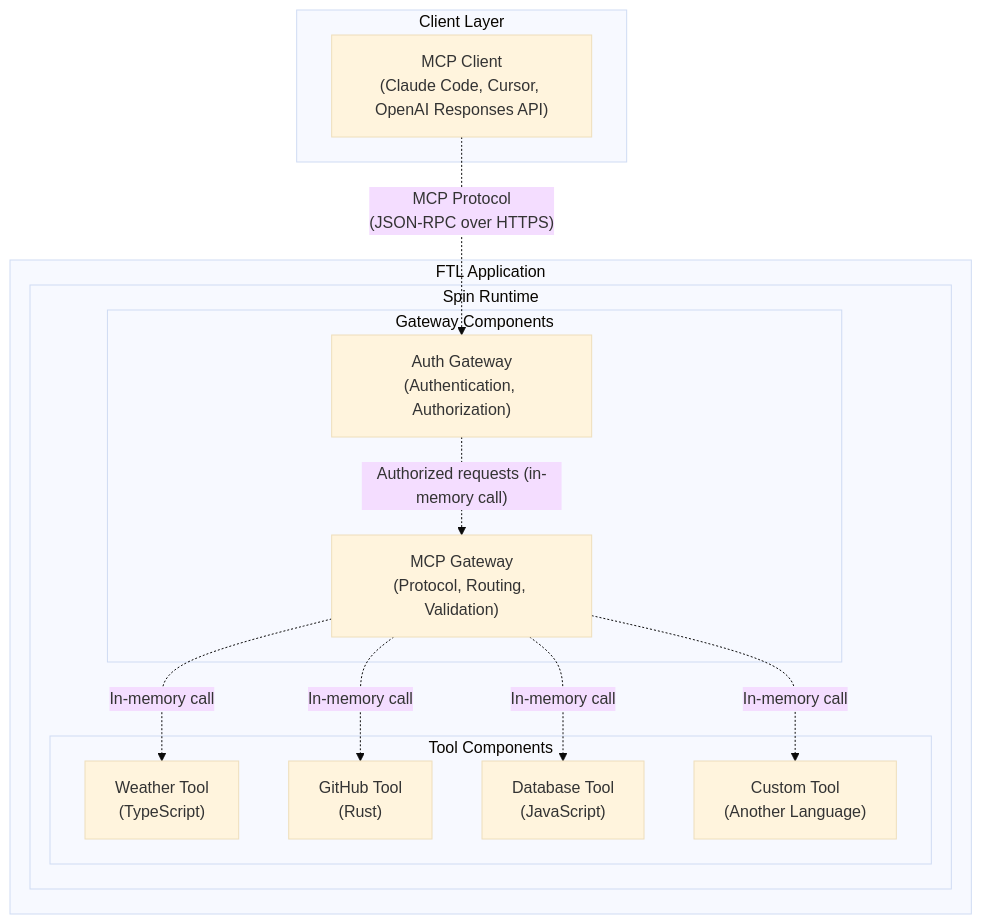
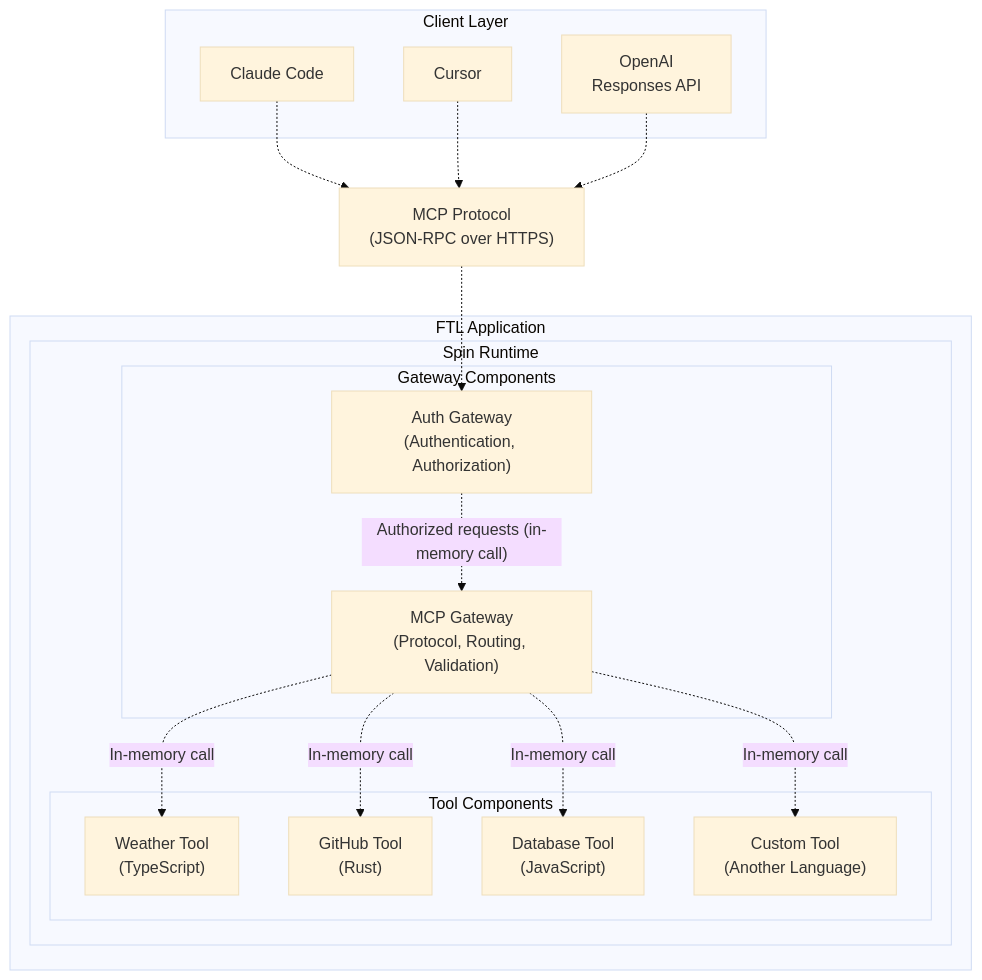
The diagram in README.md (fastertools/ftl), drawn with Mermaid (base theme) before and after one commit.

````diff
--- a/README.md
+++ b/README.md
@@ -181,29 +181,36 @@
 ```mermaid
 graph TB
     subgraph "Client Layer"
-        Agent["MCP Client<br/>(Claude Code, Cursor, OpenAI Responses API)"]
+        ClaudeCode["Claude Code"]
+        Cursor["Cursor"]
+        OpenAI["OpenAI<br/>Responses API"]
     end
+    
+    MCP["MCP Protocol<br/>(JSON-RPC over HTTPS)"]
     
     subgraph "FTL Application" 
         subgraph "Spin Runtime"
             subgraph "Gateway Components"
                 AuthGateway["Auth Gateway<br/>(Authentication, Authorization)"]
                 MCPGateway["MCP Gateway<br/>(Protocol, Routing, Validation)"]
             end
             
             subgraph "Tool Components"
                 Weather["Weather Tool<br/>(TypeScript)"]
                 GitHub["GitHub Tool<br/>(Rust)"]
                 Database["Database Tool<br/>(JavaScript)"]
                 Custom["Custom Tool<br/>(Another Language)"]
             end
         end
     end
     
-    Agent -.->|"MCP Protocol<br/>(JSON-RPC over HTTPS)"| AuthGateway
+    ClaudeCode -.->| | MCP
+    Cursor -.->| | MCP
+    OpenAI -.->| | MCP
+    MCP -.->| | AuthGateway
     AuthGateway -.->|"Authorized requests (in-memory call)"| MCPGateway
     MCPGateway -.->|"In-memory call"| Weather
     MCPGateway -.->|"In-memory call"| GitHub
     MCPGateway -.->|"In-memory call"| Database
     MCPGateway -.->|"In-memory call"| Custom
 ```
````
